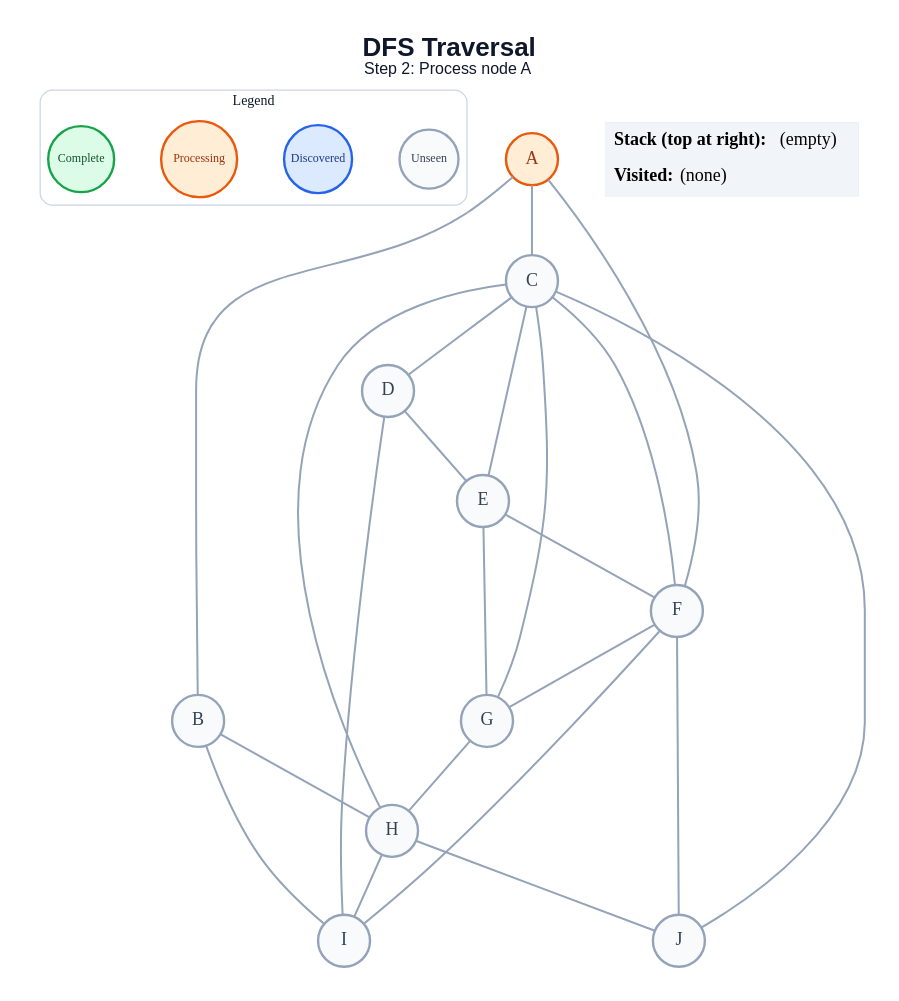
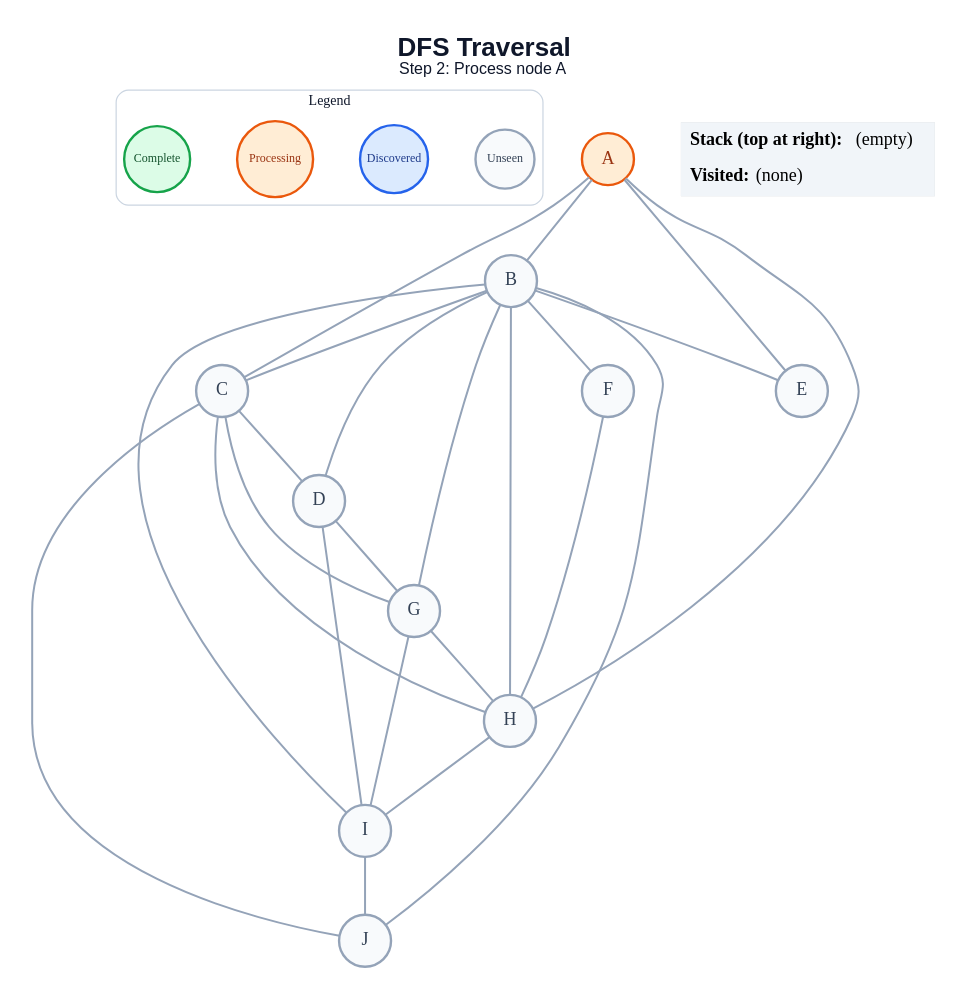
The diagram in generated/dfs/step_02.dot (amanghodawala9/ai-slop), drawn with Graphviz before and after one commit. The commit also changed 178 other files, not shown here.

```diff
--- a/generated/dfs/step_02.dot
+++ b/generated/dfs/step_02.dot
@@ -1,50 +1,52 @@
 graph traversal {
   graph [layout=dot, rankdir=TB, bgcolor="#FFFFFF", pad="0.35", nodesep="0.65", ranksep="0.8", fontname="Arial"];
   node [shape=circle, style="filled", fontname="Arial Bold", fontsize=18, width=0.72, fixedsize=true, penwidth=2.4];
   edge [color="#94A3B8", penwidth=2.0];
   label=<<B>DFS Traversal</B><BR/><FONT POINT-SIZE="16">Step 2: Process node A</FONT>>; labelloc="t"; fontsize=26; fontname="Arial"; fontcolor="#0F172A";
   subgraph cluster_legend { label="Legend"; color="#CBD5E1"; penwidth=1.2; style="rounded"; fontsize=14; fontname="Arial Bold";
     key_unseen [label="Unseen", fillcolor="#F8FAFC", color="#94A3B8", fontcolor="#334155", fontsize=12, width=0.82];
     key_frontier [label="Discovered", fillcolor="#DBEAFE", color="#2563EB", fontcolor="#1E3A8A", fontsize=12, width=0.95];
     key_current [label="Processing", fillcolor="#FFEDD5", color="#EA580C", fontcolor="#9A3412", fontsize=12, width=1.05];
     key_done [label="Complete", fillcolor="#DCFCE7", color="#16A34A", fontcolor="#14532D", fontsize=12, width=0.92];
     { rank=same; key_unseen; key_frontier; key_current; key_done; }
   }
   A [fillcolor="#FFEDD5", color="#EA580C", fontcolor="#9A3412"];
   B [fillcolor="#F8FAFC", color="#94A3B8", fontcolor="#334155"];
   C [fillcolor="#F8FAFC", color="#94A3B8", fontcolor="#334155"];
   D [fillcolor="#F8FAFC", color="#94A3B8", fontcolor="#334155"];
   E [fillcolor="#F8FAFC", color="#94A3B8", fontcolor="#334155"];
   F [fillcolor="#F8FAFC", color="#94A3B8", fontcolor="#334155"];
   G [fillcolor="#F8FAFC", color="#94A3B8", fontcolor="#334155"];
   H [fillcolor="#F8FAFC", color="#94A3B8", fontcolor="#334155"];
   I [fillcolor="#F8FAFC", color="#94A3B8", fontcolor="#334155"];
   J [fillcolor="#F8FAFC", color="#94A3B8", fontcolor="#334155"];
   A -- B;
   A -- C;
-  A -- F;
+  A -- E;
+  A -- H;
+  B -- C;
+  B -- D;
+  B -- E;
+  B -- F;
+  B -- G;
   B -- H;
   B -- I;
+  B -- J;
   C -- D;
-  C -- E;
-  C -- F;
   C -- G;
   C -- H;
   C -- J;
-  D -- E;
+  D -- G;
   D -- I;
-  E -- F;
-  E -- G;
-  F -- G;
-  F -- I;
-  F -- J;
+  F -- H;
   G -- H;
+  G -- I;
   H -- I;
-  H -- J;
+  I -- J;
   status [shape=plain, fixedsize=false, width=0, height=0, margin=0, label=<
     <TABLE BORDER="0" CELLBORDER="0" CELLPADDING="7" BGCOLOR="#F1F5F9">
       <TR><TD ALIGN="LEFT"><B>Stack (top at right):</B> (empty)</TD></TR>
       <TR><TD ALIGN="LEFT"><B>Visited:</B> (none)</TD></TR>
     </TABLE>
   >];
 }
```
